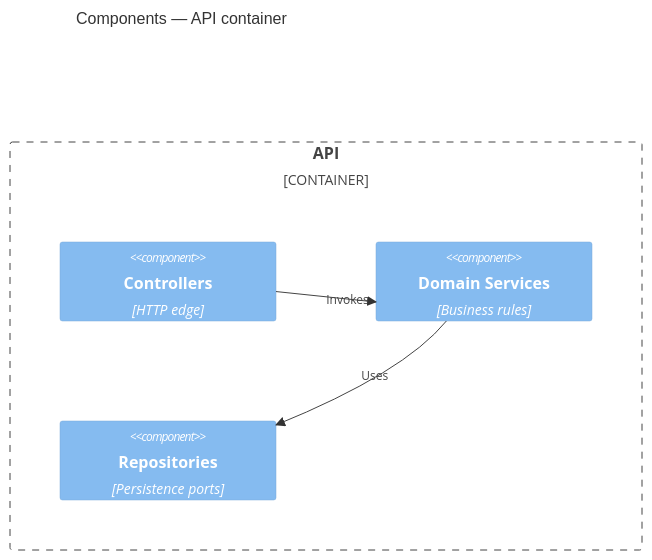
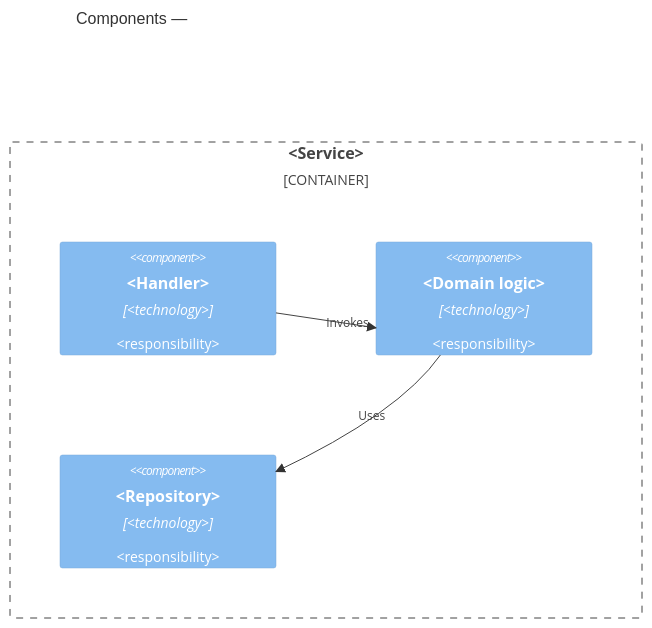
One commit to mark-satterfield/toolset changed the third of 6 diagrams in plugins/agent-teams-workforce/skills/arc42-author/references/section-templates.md. Above: the diagram before and after it, drawn with Mermaid. The commit also changed other lines of this file and 29 other files, not shown here.

First line of the commit message:
feat(agent-teams-workforce): rewrite the arc42 skills to the architecture documentation model

````diff
--- a/plugins/agent-teams-workforce/skills/arc42-author/references/section-templates.md
+++ b/plugins/agent-teams-workforce/skills/arc42-author/references/section-templates.md
@@ -217,11 +165,11 @@
 ```mermaid
 C4Component
-  title Components — API container
-  Container_Boundary(api, "API") {
-    Component(ctrl, "Controllers", "HTTP edge")
-    Component(svc, "Domain Services", "Business rules")
-    Component(repo, "Repositories", "Persistence ports")
+  title Components — <service>
+  Container_Boundary(svc, "<Service>") {
+    Component(handler, "<Handler>", "<technology>", "<responsibility>")
+    Component(domain, "<Domain logic>", "<technology>", "<responsibility>")
+    Component(store, "<Repository>", "<technology>", "<responsibility>")
   }
-  Rel(ctrl, svc, "Invokes")
-  Rel(svc, repo, "Uses")
+  Rel(handler, domain, "Invokes")
+  Rel(domain, store, "Uses")
 ```
````
